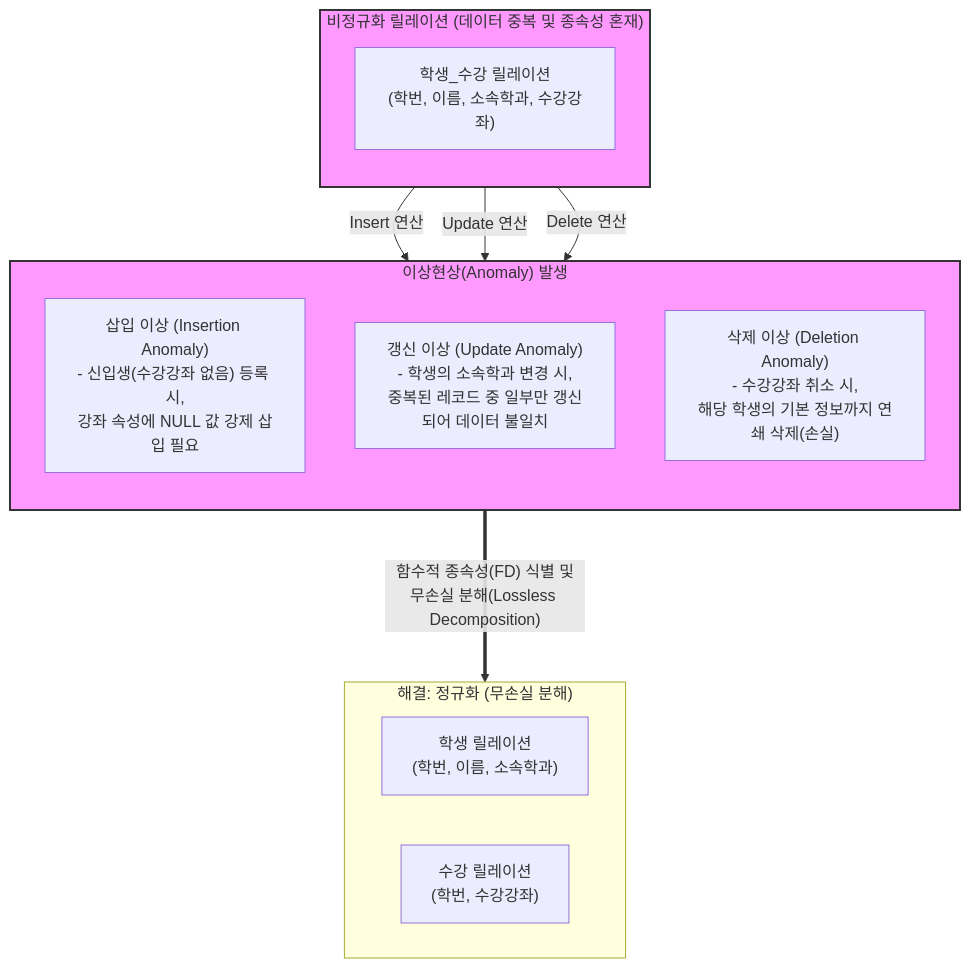
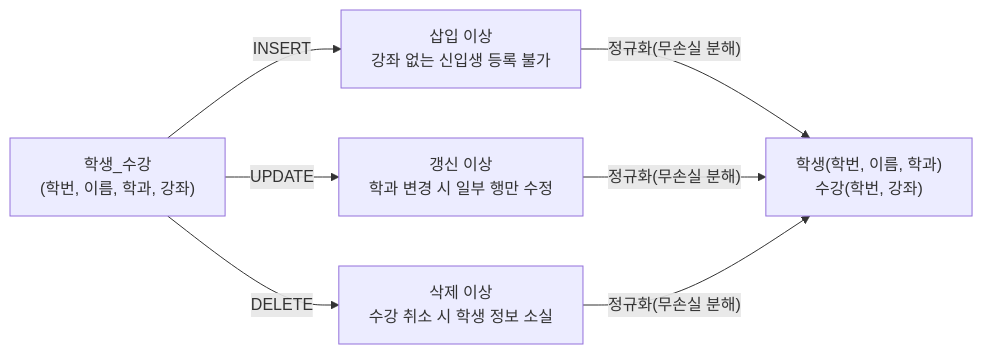
Before and after one commit to supremethumb/supremethumb.github.io: the diagram in content/01_IT Tech/Anomaly(이상현상).md, drawn with Mermaid. The commit also changed other lines of this file and 1087 other files, not shown here.

````diff
--- a/content/01_IT Tech/Anomaly(이상현상).md
+++ b/content/01_IT Tech/Anomaly(이상현상).md
@@ -27,30 +35,7 @@
 ```mermaid
-flowchart TB
-    subgraph Before_Normalization["비정규화 릴레이션 (데이터 중복 및 종속성 혼재)"]
-        direction TB
-        Rel["학생_수강 릴레이션<br/>(학번, 이름, 소속학과, 수강강좌)"]
-    end
-
-    subgraph Anomaly_Types["이상현상(Anomaly) 발생"]
-        direction TB
-        Ins["삽입 이상 (Insertion Anomaly)<br/>- 신입생(수강강좌 없음) 등록 시,<br/>강좌 속성에 NULL 값 강제 삽입 필요"]
-        Upd["갱신 이상 (Update Anomaly)<br/>- 학생의 소속학과 변경 시,<br/>중복된 레코드 중 일부만 갱신되어 데이터 불일치"]
-        Del["삭제 이상 (Deletion Anomaly)<br/>- 수강강좌 취소 시,<br/>해당 학생의 기본 정보까지 연쇄 삭제(손실)"]
-        
-        Rel -- "Insert 연산" --> Ins
-        Rel -- "Update 연산" --> Upd
-        Rel -- "Delete 연산" --> Del
-    end
-    
-    subgraph After_Normalization["해결: 정규화 (무손실 분해)"]
-        direction LR
-        Rel1["학생 릴레이션<br/>(학번, 이름, 소속학과)"]
-        Rel2["수강 릴레이션<br/>(학번, 수강강좌)"]
-    end
-    
-    Anomaly_Types == "함수적 종속성(FD) 식별 및<br/>무손실 분해(Lossless Decomposition)" ===> After_Normalization
-    
-    classDef highlight fill:#f9f,stroke:#333,stroke-width:2px;
-    class Before_Normalization,Anomaly_Types highlight;
-
+flowchart LR
+    R["학생_수강<br/>(학번, 이름, 학과, 강좌)"] -->|"INSERT"| I["삽입 이상<br/>강좌 없는 신입생 등록 불가"]
+    R -->|"UPDATE"| U["갱신 이상<br/>학과 변경 시 일부 행만 수정"]
+    R -->|"DELETE"| D["삭제 이상<br/>수강 취소 시 학생 정보 소실"]
+    I & U & D -->|"정규화(무손실 분해)"| N["학생(학번, 이름, 학과)<br/>수강(학번, 강좌)"]
 ```
````
